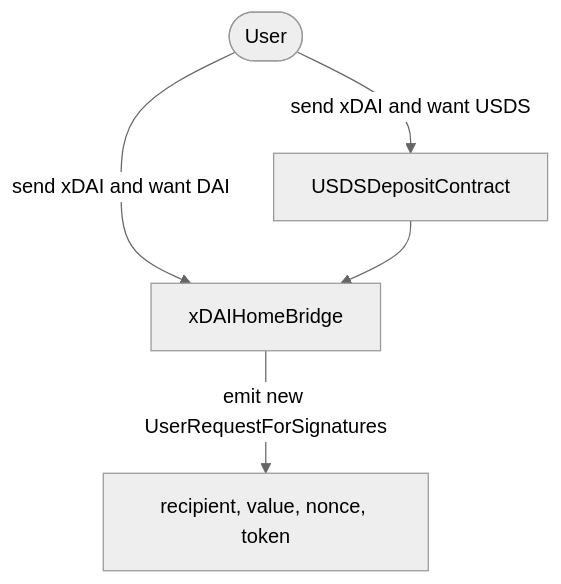
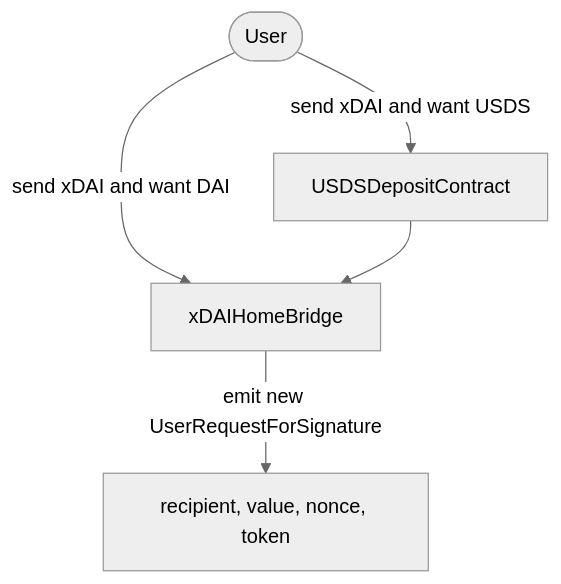
The sixth of 8 diagrams in USDSMigration.md (gnosischain/tokenbridge-contracts), drawn with Mermaid (neutral theme) before and after one commit. The commit also changed other lines of this file, not shown here.

````diff
--- a/USDSMigration.md
+++ b/USDSMigration.md
@@ -477,9 +477,9 @@
 ```mermaid
 graph TD
     User([User]) --> |send xDAI and want DAI| xDAIHomeBridge
     User([User]) --> |send xDAI and want USDS| USDSDepositContract
     USDSDepositContract --> xDAIHomeBridge
-    xDAIHomeBridge --> |emit new UserRequestForSignatures|Event[recipient, value, nonce, token]
+    xDAIHomeBridge --> |emit new UserRequestForSignature|Event[recipient, value, nonce, token]
 
 
 ```
````
